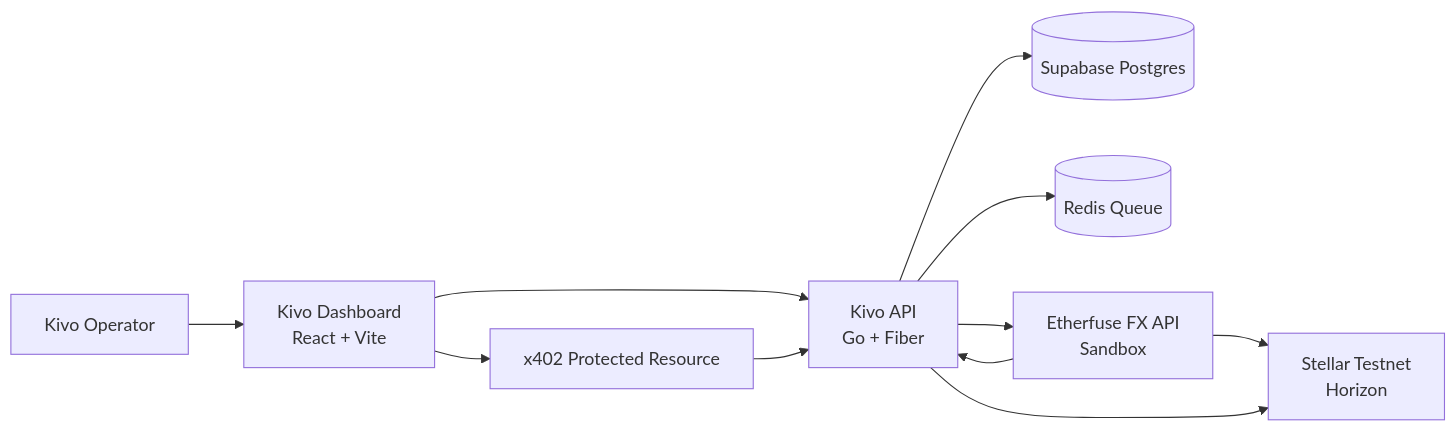
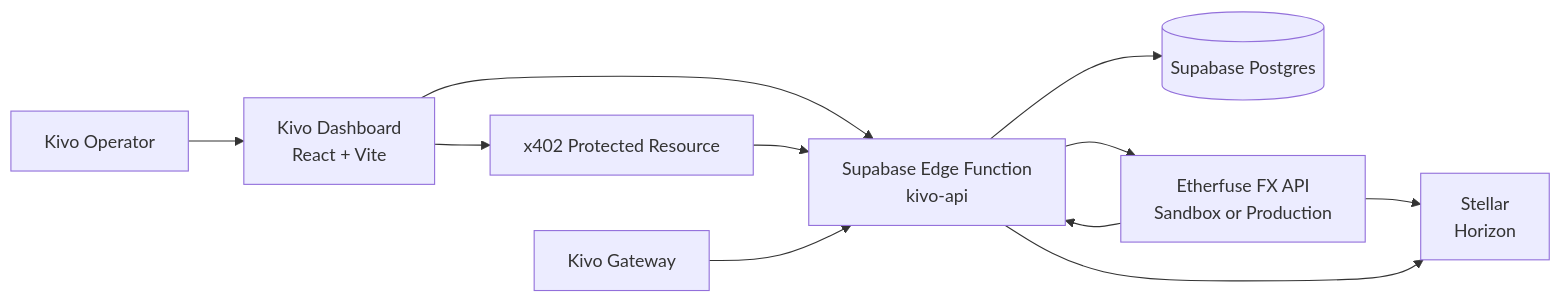
Before and after one commit to Stellar-Global-Rails/StellarGlobalRails: the diagram in apps/landing-page/src/pages/doc/ai/kivo/etherfuse-integration.mdx, drawn with Mermaid. The commit also changed other lines of this file and 3 other files, not shown here.

Commit message:
docs(kivo): align runtime docs with edge architecture

````diff
--- a/apps/landing-page/src/pages/doc/ai/kivo/etherfuse-integration.mdx
+++ b/apps/landing-page/src/pages/doc/ai/kivo/etherfuse-integration.mdx
@@ -91,22 +19,22 @@
 ```mermaid
 flowchart LR
     Operator["Kivo Operator"]
     Dashboard["Kivo Dashboard<br/>React + Vite"]
-    API["Kivo API<br/>Go + Fiber"]
+    Edge["Supabase Edge Function<br/>kivo-api"]
     DB[("Supabase Postgres")]
-    Redis[("Redis Queue")]
-    Etherfuse["Etherfuse FX API<br/>Sandbox"]
-    Stellar["Stellar Testnet<br/>Horizon"]
+    Etherfuse["Etherfuse FX API<br/>Sandbox or Production"]
+    Stellar["Stellar<br/>Horizon"]
+    Gateway["Kivo Gateway"]
     X402["x402 Protected Resource"]
 
     Operator --> Dashboard
-    Dashboard --> API
-    API --> DB
-    API --> Redis
-    API --> Etherfuse
-    Etherfuse --> API
+    Dashboard --> Edge
+    Edge --> DB
+    Edge --> Etherfuse
+    Etherfuse --> Edge
     Etherfuse --> Stellar
-    API --> Stellar
+    Edge --> Stellar
     Dashboard --> X402
-    X402 --> API
+    X402 --> Edge
+    Gateway --> Edge
 ```
````
